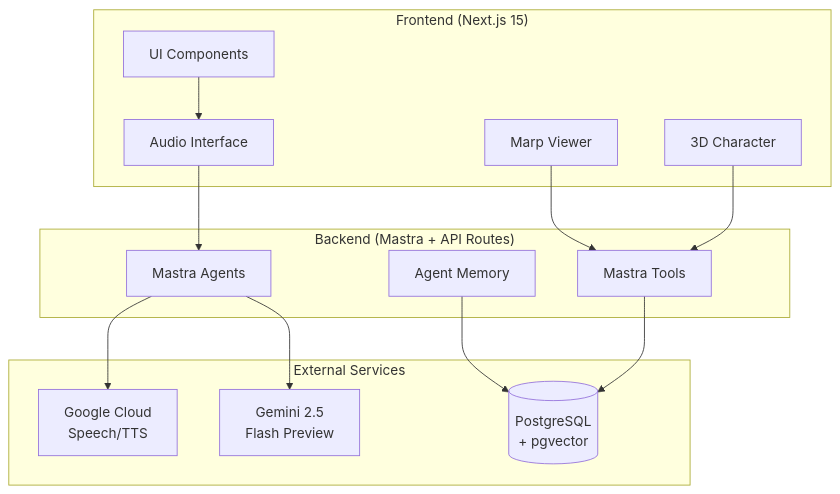
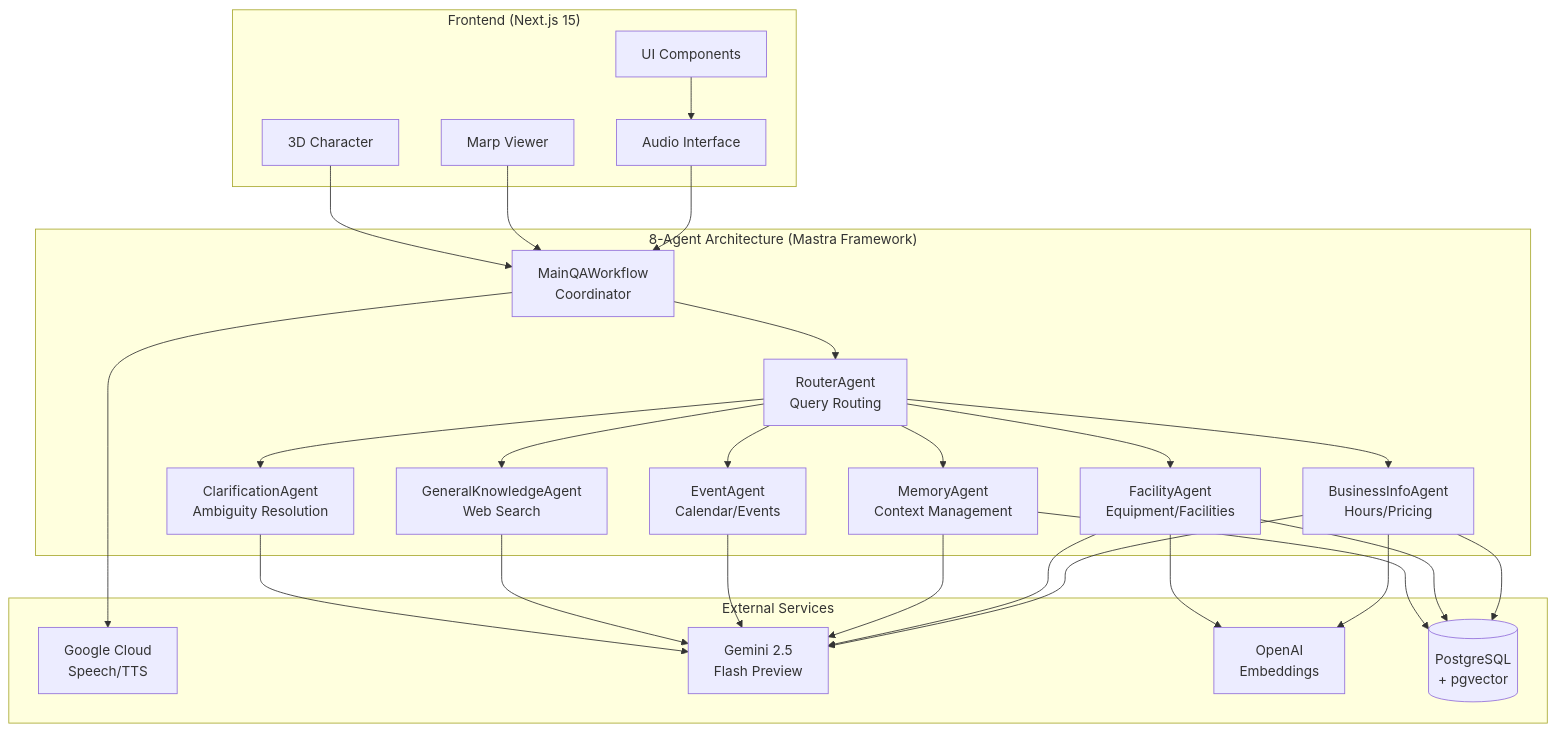
One commit to terisuke/engineer-cafe-navigator changed the diagram in README-EN.md. Above: the diagram before and after it, drawn with Mermaid. The commit also changed other lines of this file and 64 other files, not shown here.

````diff
--- a/README-EN.md
+++ b/README-EN.md
@@ -111,30 +127,52 @@
 ```mermaid
 graph TB
     subgraph "Frontend (Next.js 15)"
         UI[UI Components]
         Voice[Audio Interface]
         Slide[Marp Viewer]
         Char[3D Character]
     end
     
-    subgraph "Backend (Mastra + API Routes)"
-        Agent[Mastra Agents]
-        Tools[Mastra Tools]
-        Memory[Agent Memory]
+    subgraph "8-Agent Architecture (Mastra Framework)"
+        MainQA[MainQAWorkflow<br/>Coordinator]
+        Router[RouterAgent<br/>Query Routing]
+        Business[BusinessInfoAgent<br/>Hours/Pricing]
+        Facility[FacilityAgent<br/>Equipment/Facilities]
+        Memory[MemoryAgent<br/>Context Management]
+        Event[EventAgent<br/>Calendar/Events]
+        General[GeneralKnowledgeAgent<br/>Web Search]
+        Clarify[ClarificationAgent<br/>Ambiguity Resolution]
+        
+        MainQA --> Router
+        Router --> Business
+        Router --> Facility
+        Router --> Memory
+        Router --> Event
+        Router --> General
+        Router --> Clarify
     end
     
     subgraph "External Services"
         GCP[Google Cloud<br/>Speech/TTS]
         Gemini[Gemini 2.5<br/>Flash Preview]
+        OpenAI[OpenAI<br/>Embeddings]
         DB[(PostgreSQL<br/>+ pgvector)]
     end
     
     UI --> Voice
-    Voice --> Agent
-    Slide --> Tools
-    Char --> Tools
-    Agent --> GCP
-    Agent --> Gemini
+    Voice --> MainQA
+    Slide --> MainQA
+    Char --> MainQA
+    MainQA --> GCP
+    Business --> Gemini
+    Facility --> Gemini
+    Memory --> Gemini
+    Event --> Gemini
+    General --> Gemini
+    Clarify --> Gemini
+    Business --> DB
+    Facility --> DB
     Memory --> DB
-    Tools --> DB
+    Business --> OpenAI
+    Facility --> OpenAI
 ```
````
